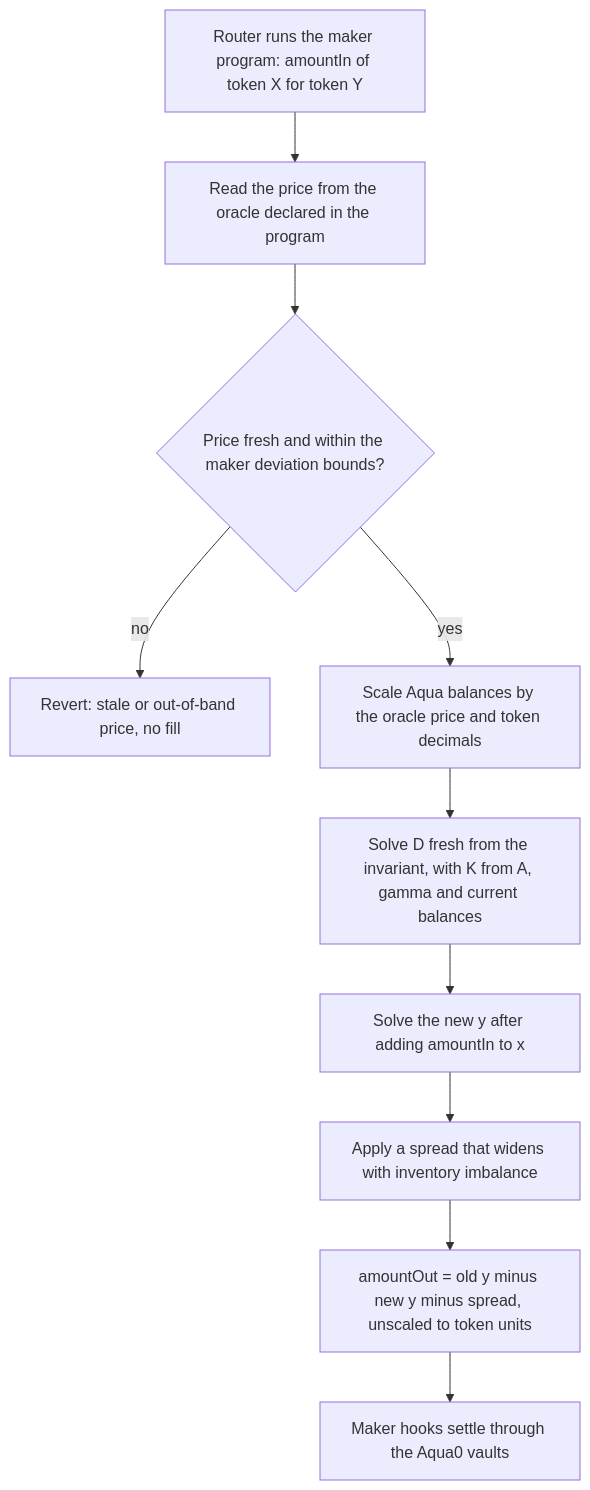
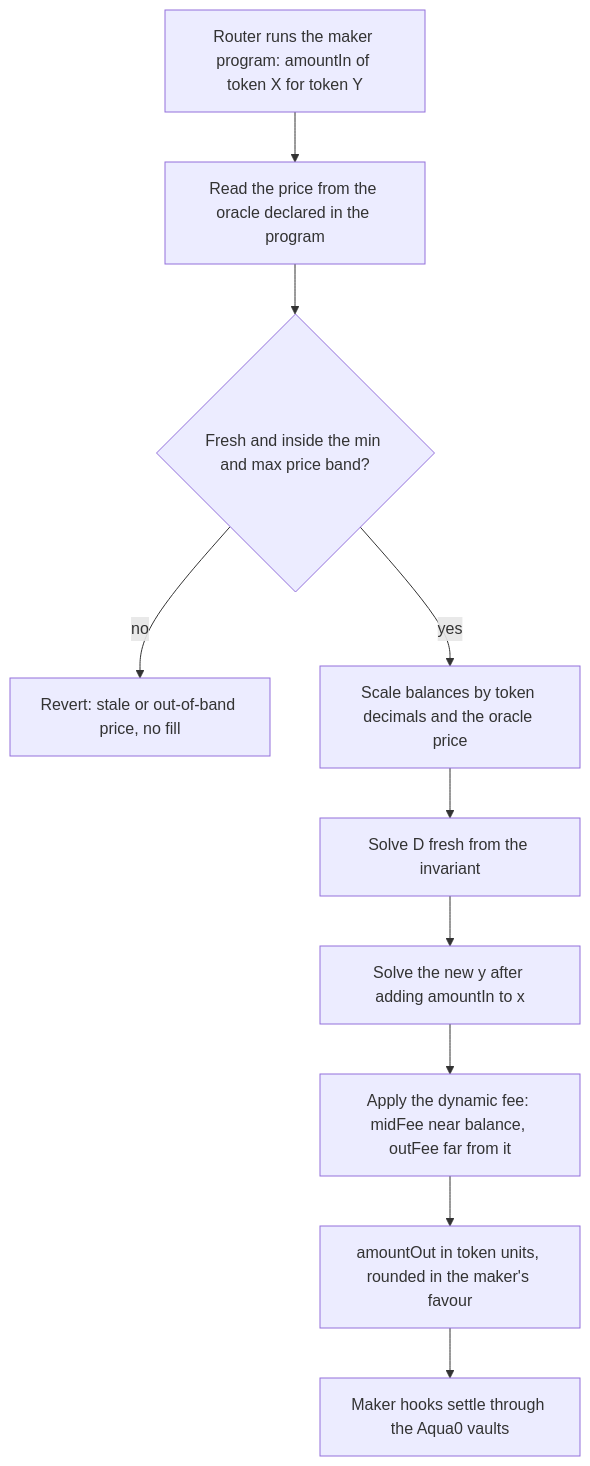
Before and after one commit to Aqua0-fi/aqua0-ethglobal: the fifth of 5 diagrams in README.md, drawn with Mermaid. The commit also changed other lines of this file and 7 other files, not shown here.

Commit message:
docs: tighten the README around the demo, flows and sponsor criteria

````diff
--- a/README.md
+++ b/README.md
@@ -287,12 +284,12 @@
 ```mermaid
 flowchart TD
   Q["Router runs the maker program: amountIn of token X for token Y"] --> O["Read the price from the oracle declared in the program"]
-  O --> CHK{"Price fresh and within the maker deviation bounds?"}
+  O --> CHK{"Fresh and inside the min and max price band?"}
   CHK -->|"no"| REV["Revert: stale or out-of-band price, no fill"]
-  CHK -->|"yes"| SC["Scale Aqua balances by the oracle price and token decimals"]
-  SC --> DD["Solve D fresh from the invariant, with K from A, gamma and current balances"]
+  CHK -->|"yes"| SC["Scale balances by token decimals and the oracle price"]
+  SC --> DD["Solve D fresh from the invariant"]
   DD --> YY["Solve the new y after adding amountIn to x"]
-  YY --> FEE["Apply a spread that widens with inventory imbalance"]
-  FEE --> OUT["amountOut = old y minus new y minus spread, unscaled to token units"]
+  YY --> FEE["Apply the dynamic fee: midFee near balance, outFee far from it"]
+  FEE --> OUT["amountOut in token units, rounded in the maker's favour"]
   OUT --> HOOK["Maker hooks settle through the Aqua0 vaults"]
 ```
````
